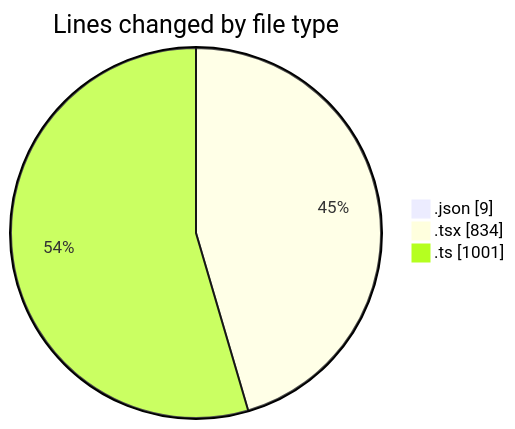
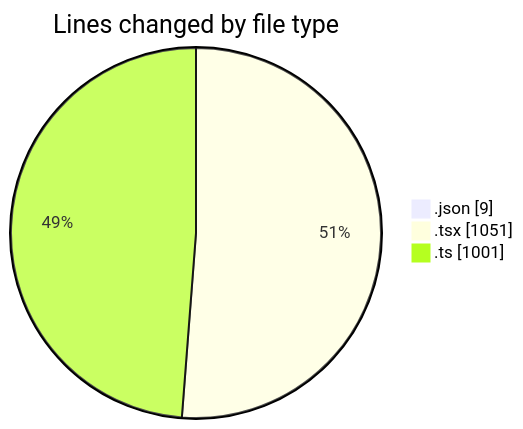
The first of 2 diagrams in 2025-10-27/eventscop-frontend-guide__workspace_/README.md (julien-gomy/code-tracking), drawn with Mermaid before and after one commit. The commit also changed other lines of this file and 1 other file, not shown here.

````diff
--- a/2025-10-27/eventscop-frontend-guide__workspace_/README.md
+++ b/2025-10-27/eventscop-frontend-guide__workspace_/README.md
@@ -26,7 +26,7 @@
 ```mermaid
 pie showData
 title Lines changed by file type
 ".json" : 9
-".tsx" : 834
+".tsx" : 1051
 ".ts" : 1001
 ```
````
